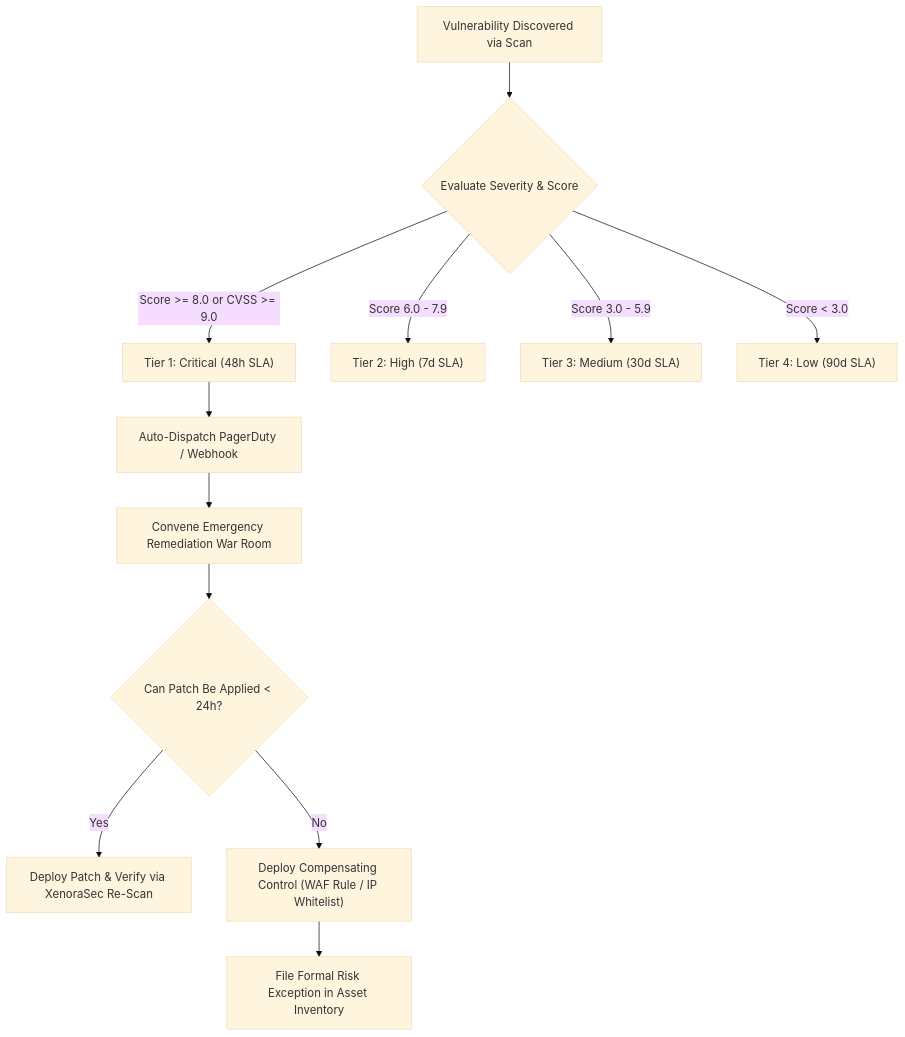
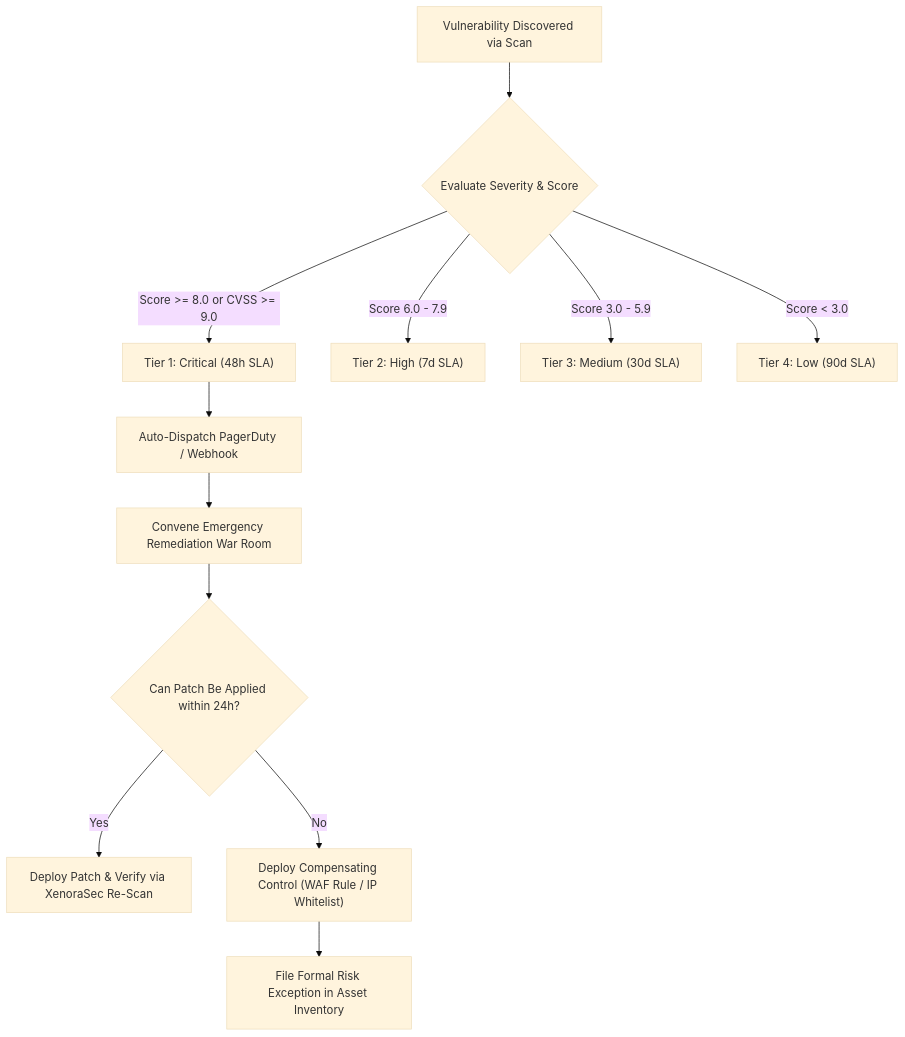
One commit to prithvi-01x/XenoraSec changed diagram 11 of 22 in README.md. Above: the diagram before and after it, drawn with Mermaid (base theme). The commit also changed other lines of this file, not shown here.

Commit message:
fix(readme): resolve mermaid diagram syntax and comparison operator parsing errors

````diff
--- a/README.md
+++ b/README.md
@@ -1075,16 +1075,16 @@
 ```mermaid
 flowchart TD
     FINDING["Vulnerability Discovered via Scan"] --> EVAL{"Evaluate Severity & Score"}
     
-    EVAL -->|Score >= 8.0 or CVSS >= 9.0| CRIT["Tier 1: Critical (48h SLA)"]
-    EVAL -->|Score 6.0 - 7.9| HIGH["Tier 2: High (7d SLA)"]
-    EVAL -->|Score 3.0 - 5.9| MED["Tier 3: Medium (30d SLA)"]
-    EVAL -->|Score < 3.0| LOW["Tier 4: Low (90d SLA)"]
+    EVAL -->|"Score >= 8.0 or CVSS >= 9.0"| CRIT["Tier 1: Critical (48h SLA)"]
+    EVAL -->|"Score 6.0 - 7.9"| HIGH["Tier 2: High (7d SLA)"]
+    EVAL -->|"Score 3.0 - 5.9"| MED["Tier 3: Medium (30d SLA)"]
+    EVAL -->|"Score < 3.0"| LOW["Tier 4: Low (90d SLA)"]
 
     CRIT --> NOTIFY["Auto-Dispatch PagerDuty / Webhook"]
     NOTIFY --> WAR_ROOM["Convene Emergency Remediation War Room"]
-    WAR_ROOM --> PATCH{"Can Patch Be Applied < 24h?"}
+    WAR_ROOM --> PATCH{"Can Patch Be Applied within 24h?"}
     PATCH -->|Yes| APPLY["Deploy Patch & Verify via XenoraSec Re-Scan"]
     PATCH -->|No| COMPENSATE["Deploy Compensating Control (WAF Rule / IP Whitelist)"]
     COMPENSATE --> AUDIT_LOG["File Formal Risk Exception in Asset Inventory"]
 ```
````
